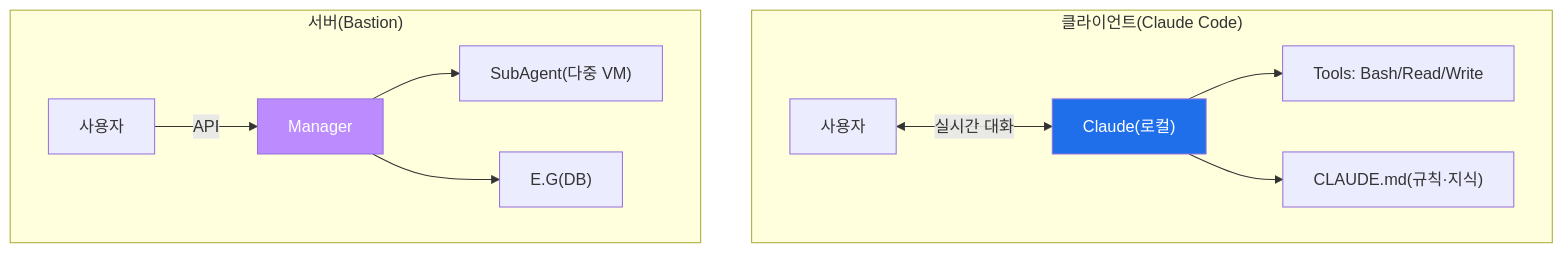
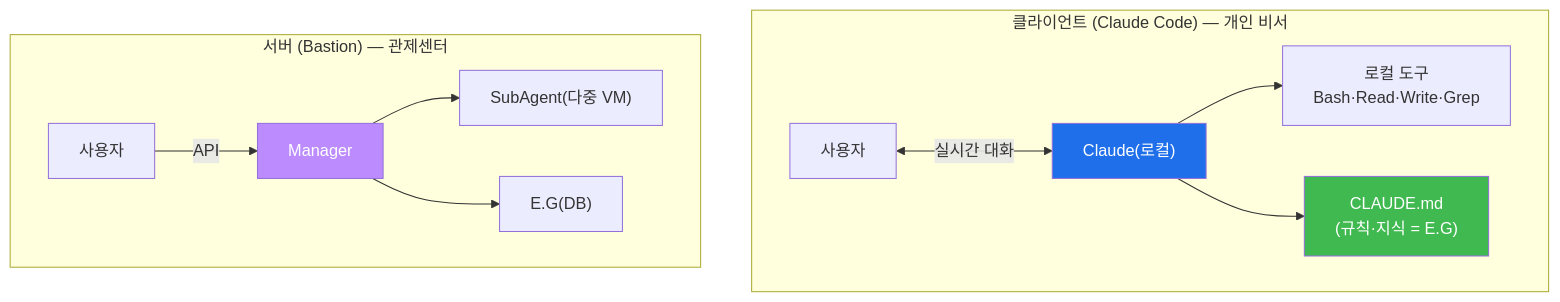
The first of 7 diagrams in contents/training/aisec/lecture_week07.md (mrgrit/tw2), drawn with Mermaid before and after one commit. The commit also changed other lines of this file and 304 other files, not shown here.

````diff
--- a/contents/training/aisec/lecture_week07.md
+++ b/contents/training/aisec/lecture_week07.md
@@ -52,15 +85,16 @@
 ```mermaid
 graph TD
-    subgraph CLIENT["클라이언트(Claude Code)"]
+    subgraph CLIENT["클라이언트 (Claude Code) — 개인 비서"]
       U1["사용자"] <-->|실시간 대화| C["Claude(로컬)"]
-      C --> T1["Tools: Bash/Read/Write"]
-      C --> M1["CLAUDE.md(규칙·지식)"]
+      C --> T1["로컬 도구<br/>Bash·Read·Write·Grep"]
+      C --> M1["CLAUDE.md<br/>(규칙·지식 = E.G)"]
     end
-    subgraph SERVER["서버(Bastion)"]
+    subgraph SERVER["서버 (Bastion) — 관제센터"]
       U2["사용자"] -->|API| MG["Manager"]
       MG --> SA["SubAgent(다중 VM)"]
       MG --> EG["E.G(DB)"]
     end
     style C fill:#1f6feb,color:#fff
     style MG fill:#bc8cff,color:#fff
+    style M1 fill:#3fb950,color:#fff
 ```
````
